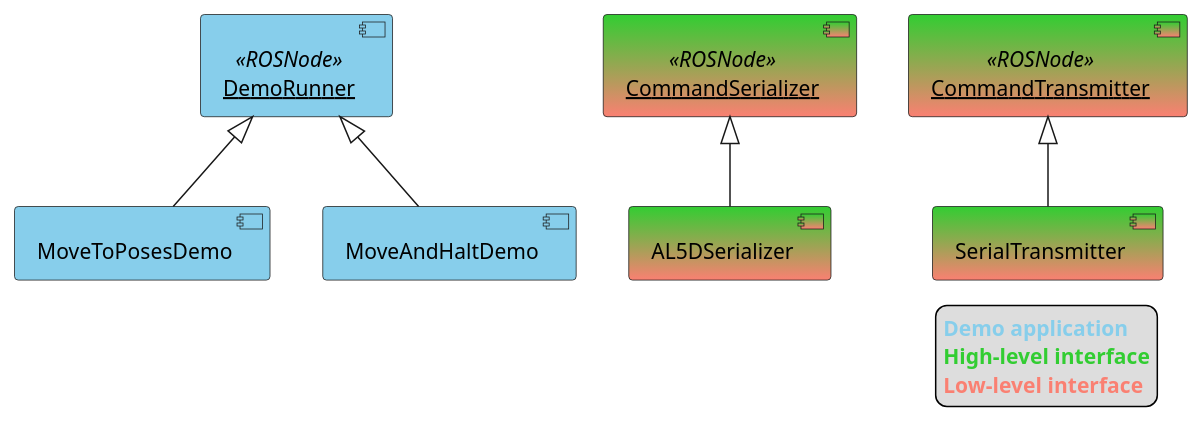
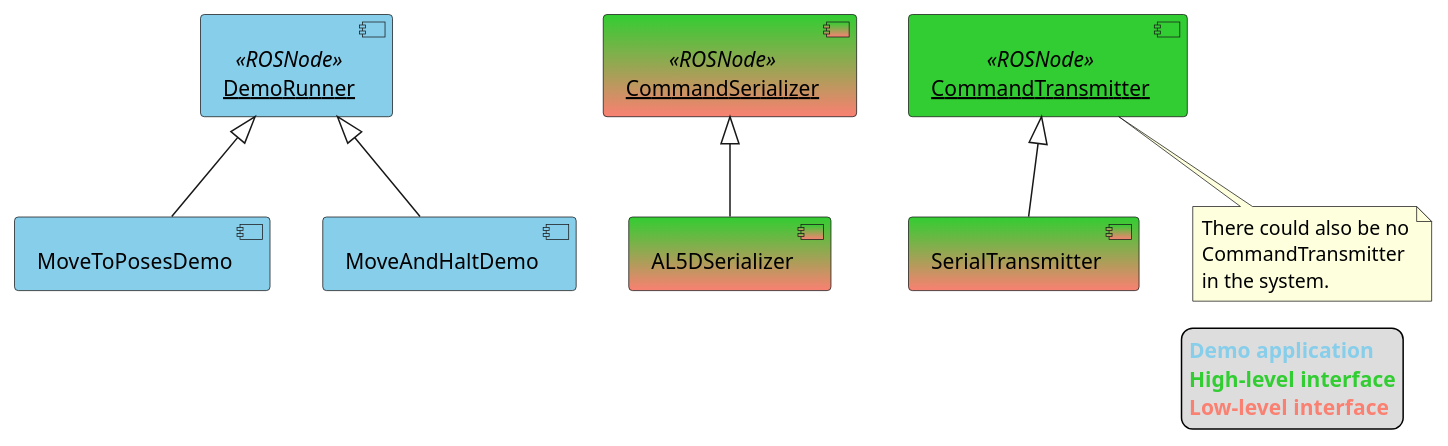
The diagram in doc/component_diagram_implementations.puml (bscp/al5d_cpp), drawn with PlantUML before and after one commit. The commit also changed 9 other files, not shown here.

Commit message:
Update UML diagrams

```diff
--- a/doc/component_diagram_implementations.puml
+++ b/doc/component_diagram_implementations.puml
@@ -1,23 +1,25 @@
 @startuml
 
 component "<u>DemoRunner</u>" <<ROSNode>> as DemoRunner #SkyBlue
 component "<u>CommandSerializer</u>" <<ROSNode>> as CommandSerializer #LimeGreen-Salmon
-component "<u>CommandTransmitter</u>" <<ROSNode>> as CommandTransmitter #LimeGreen-Salmon
+component "<u>CommandTransmitter</u>" <<ROSNode>> as CommandTransmitter #LimeGreen
 
 component MoveToPosesDemo #SkyBlue
 component MoveAndHaltDemo #SkyBlue
 component AL5DSerializer #LimeGreen-Salmon
 component SerialTransmitter #LimeGreen-Salmon
+
+note bottom of CommandTransmitter : There could also be no\nCommandTransmitter\nin the system.
 
 DemoRunner <|-- MoveToPosesDemo
 DemoRunner <|-- MoveAndHaltDemo
 CommandSerializer <|-- AL5DSerializer
 CommandTransmitter <|-- SerialTransmitter
 
 legend right
   <b><color:SkyBlue>Demo application</color></b>
   <b><color:LimeGreen>High-level interface</color></b>
   <b><color:Salmon>Low-level interface</color></b>
 endlegend
 
 @enduml
```
